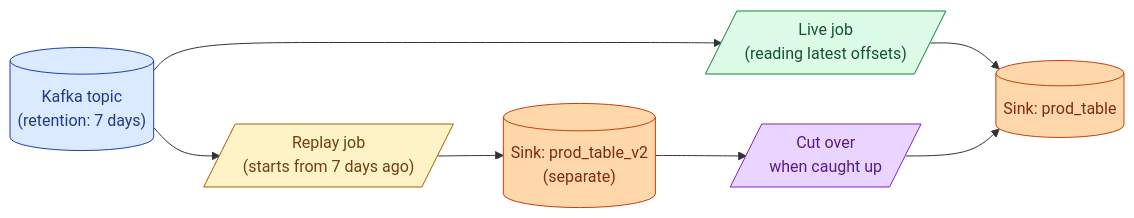
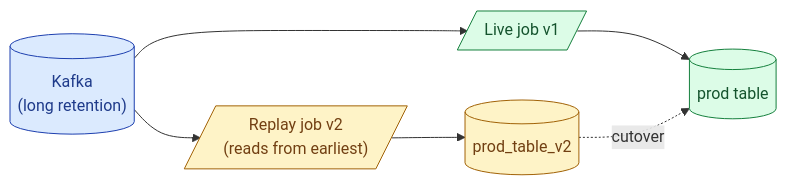
The third of 4 diagrams in _de_concepts/037-reprocessing-replay.md (shiningflash/shiningflash.github.io), drawn with Mermaid before and after one commit. The commit also changed other lines of this file and 69 other files, not shown here.

````diff
--- a/_de_concepts/037-reprocessing-replay.md
+++ b/_de_concepts/037-reprocessing-replay.md
@@ -12,16 +83,12 @@
 ```mermaid
 flowchart LR
-    K[("Kafka topic<br/>(retention: 7 days)")]:::k
-    K --> Live[/"Live job<br/>(reading latest offsets)"/]:::l
-    K --> Replay[/"Replay job<br/>(starts from 7 days ago)"/]:::r
-    Live --> Out1[("Sink: prod_table")]:::out
-    Replay --> Out2[("Sink: prod_table_v2<br/>(separate)")]:::out
-    Out2 --> Cutover[/"Cut over<br/>when caught up"/]:::cut
-    Cutover --> Out1
+    K[("Kafka<br/>(long retention)")]:::a --> Live[/"Live job v1"/]:::g
+    K --> Replay[/"Replay job v2<br/>(reads from earliest)"/]:::y
+    Live --> Out[("prod table")]:::g
+    Replay --> Out2[("prod_table_v2")]:::y
+    Out2 -.->|"cutover"| Out
 
-    classDef k fill:#dbeafe,stroke:#1e40af,color:#1e3a8a
-    classDef l fill:#dcfce7,stroke:#15803d,color:#14532d
-    classDef r fill:#fef3c7,stroke:#a16207,color:#713f12
-    classDef out fill:#fed7aa,stroke:#c2410c,color:#7c2d12
-    classDef cut fill:#e9d5ff,stroke:#7e22ce,color:#581c87
+    classDef a fill:#dbeafe,stroke:#1e40af,color:#1e3a8a
+    classDef g fill:#dcfce7,stroke:#15803d,color:#14532d
+    classDef y fill:#fef3c7,stroke:#a16207,color:#713f12
 ```
````
